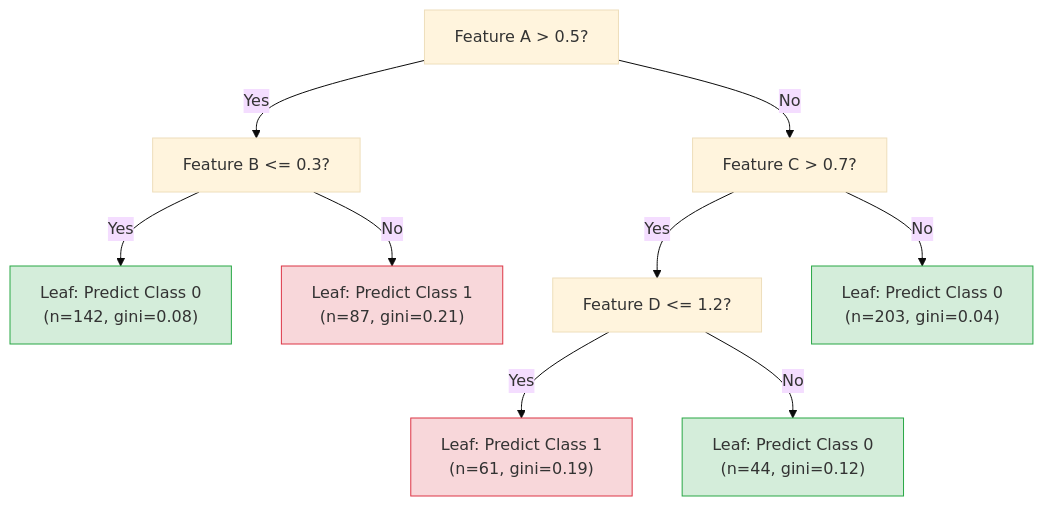
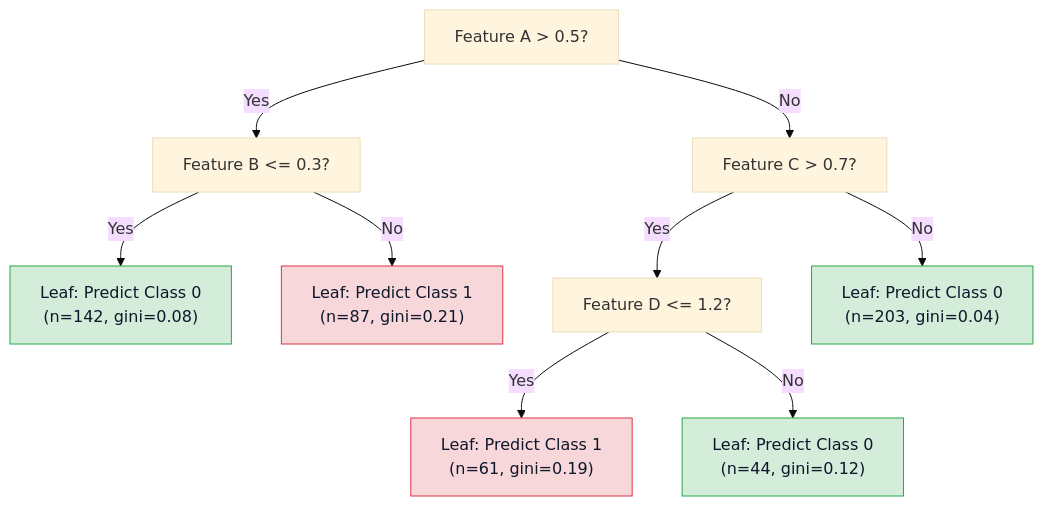
The first of 4 diagrams in topics/computing/ai/ai_safety_and_alignment/lesson_01_model_decomposition.md (blebleblee/synapse), drawn with Mermaid (base theme) before and after one commit. The commit also changed other lines of this file and 1464 other files, not shown here.

Commit message:
feat(release): curriculum vector mermaid upgrade, render hardening, and master synpack

````diff
--- a/topics/computing/ai/ai_safety_and_alignment/lesson_01_model_decomposition.md
+++ b/topics/computing/ai/ai_safety_and_alignment/lesson_01_model_decomposition.md
@@ -197,18 +197,18 @@
 ```mermaid
 graph TD
     Root["Feature A > 0.5?"]
     Root -->|"Yes"| N1["Feature B <= 0.3?"]
     Root -->|"No"| N2["Feature C > 0.7?"]
     N1 -->|"Yes"| L1["Leaf: Predict Class 0\n(n=142, gini=0.08)"]
     N1 -->|"No"| L2["Leaf: Predict Class 1\n(n=87, gini=0.21)"]
     N2 -->|"Yes"| N3["Feature D <= 1.2?"]
     N2 -->|"No"| L3["Leaf: Predict Class 0\n(n=203, gini=0.04)"]
     N3 -->|"Yes"| L4["Leaf: Predict Class 1\n(n=61, gini=0.19)"]
     N3 -->|"No"| L5["Leaf: Predict Class 0\n(n=44, gini=0.12)"]
 
-    style L1 fill:#d4edda,stroke:#28a745
-    style L3 fill:#d4edda,stroke:#28a745
-    style L5 fill:#d4edda,stroke:#28a745
-    style L2 fill:#f8d7da,stroke:#dc3545
-    style L4 fill:#f8d7da,stroke:#dc3545
+    style L1 fill:#d4edda,stroke:#28a745,color:#0f172a
+    style L3 fill:#d4edda,stroke:#28a745,color:#0f172a
+    style L5 fill:#d4edda,stroke:#28a745,color:#0f172a
+    style L2 fill:#f8d7da,stroke:#dc3545,color:#0f172a
+    style L4 fill:#f8d7da,stroke:#dc3545,color:#0f172a
 ```
````
